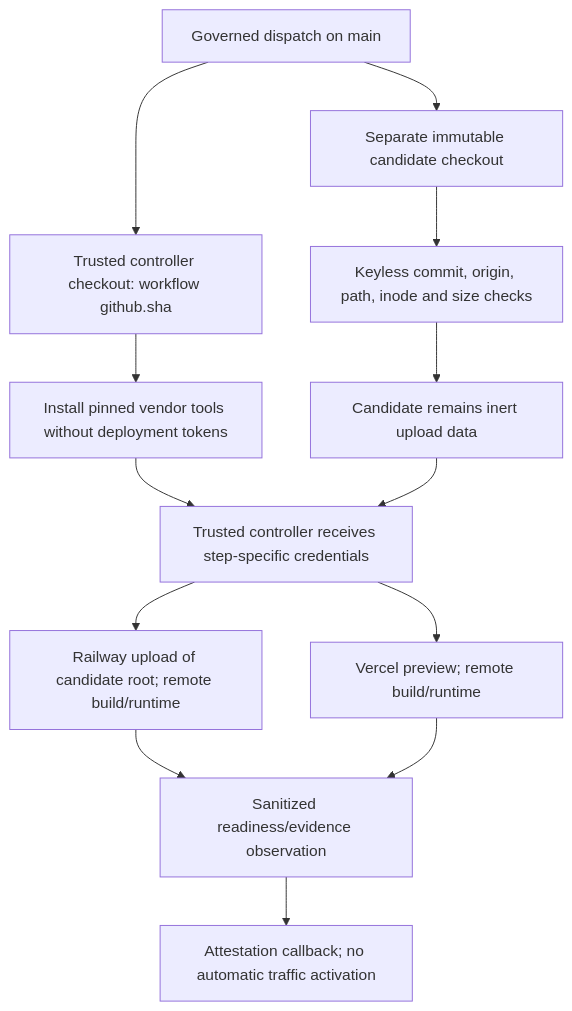
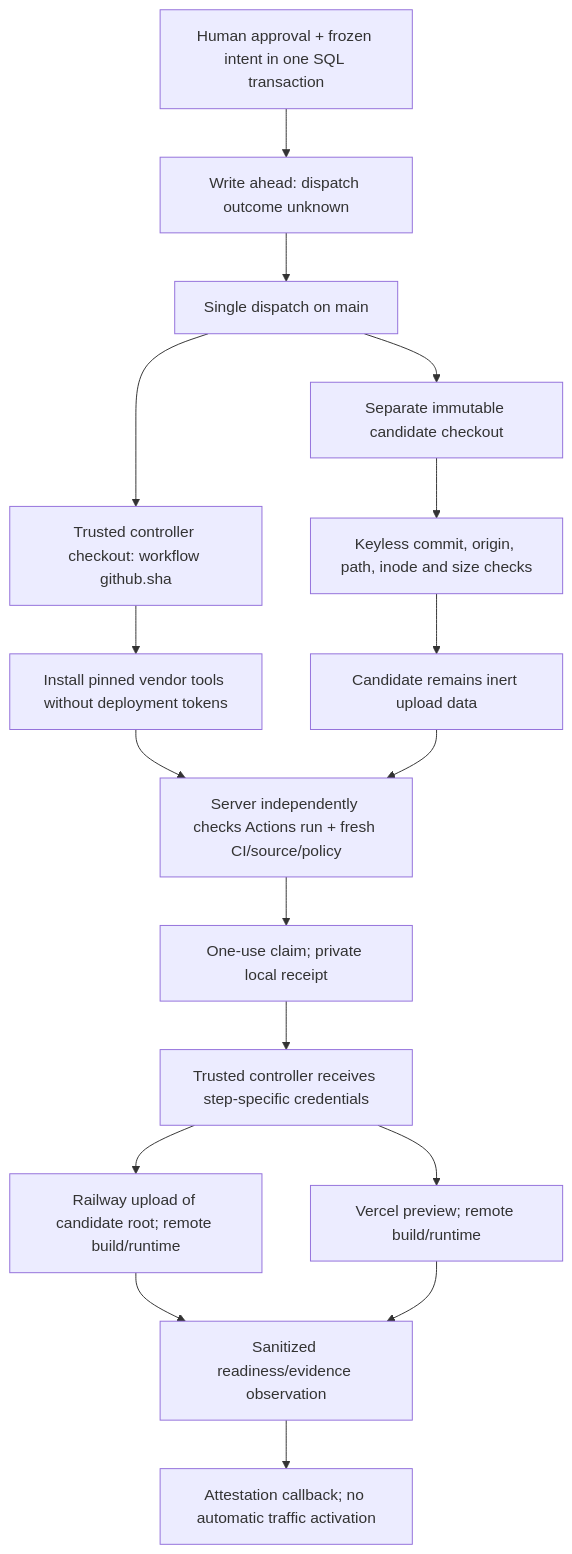
The diagram in docs/CANDIDATE_DEPLOYMENT_CONTROLLER.md (agentic-ai-training/google-connector-app), drawn with Mermaid before and after one commit. The commit also changed other lines of this file and 16 other files, not shown here.

Commit message:
Fence candidate deployment with durable single-use intent and claim

````diff
--- a/docs/CANDIDATE_DEPLOYMENT_CONTROLLER.md
+++ b/docs/CANDIDATE_DEPLOYMENT_CONTROLLER.md
@@ -6,15 +6,19 @@
 ```mermaid
 flowchart TD
-    W[Governed dispatch on main] --> C[Trusted controller checkout: workflow github.sha]
+    H[Human approval + frozen intent in one SQL transaction] --> J[Write ahead: dispatch outcome unknown]
+    J --> W[Single dispatch on main]
+    W --> C[Trusted controller checkout: workflow github.sha]
     W --> S[Separate immutable candidate checkout]
     C --> T[Install pinned vendor tools without deployment tokens]
     S --> V[Keyless commit, origin, path, inode and size checks]
     V --> D[Candidate remains inert upload data]
-    T --> R[Trusted controller receives step-specific credentials]
-    D --> R
+    T --> Q[Server independently checks Actions run + fresh CI/source/policy]
+    D --> Q
+    Q --> O[One-use claim; private local receipt]
+    O --> R[Trusted controller receives step-specific credentials]
     R --> P[Railway upload of candidate root; remote build/runtime]
     R --> F[Vercel preview; remote build/runtime]
     P --> E[Sanitized readiness/evidence observation]
     F --> E
     E --> A[Attestation callback; no automatic traffic activation]
 ```
````
